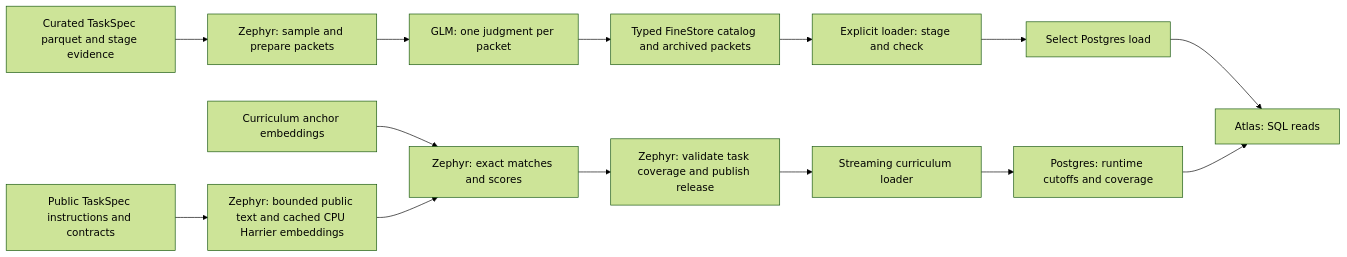
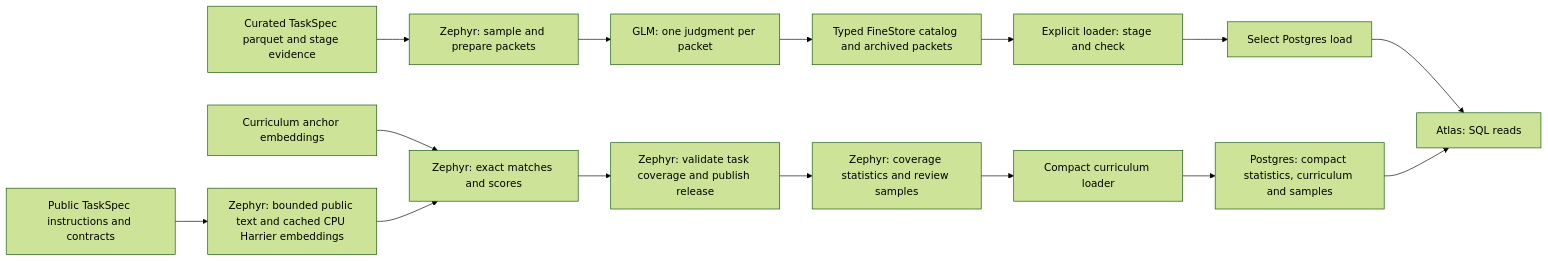
One commit to marin-community/marin changed the diagram in docs/references/rl-data-atlas.md. Above: the diagram before and after it, drawn with Mermaid (forest theme). The commit also changed other lines of this file and 14 other files, not shown here.

Commit message:
[task-curation] Export compact Atlas statistics and samples

````diff
--- a/docs/references/rl-data-atlas.md
+++ b/docs/references/rl-data-atlas.md
@@ -17,16 +17,17 @@
 ```mermaid
 flowchart LR
   C[Curated TaskSpec parquet and stage evidence] --> P[Zephyr: sample and prepare packets]
   P --> G[GLM: one judgment per packet]
   G --> K[Typed FineStore catalog and archived packets]
   K --> L[Explicit loader: stage and check]
   L --> D[Select Postgres load]
   D --> A[Atlas: SQL reads]
   T[Public TaskSpec instructions and contracts] --> E[Zephyr: bounded public text and cached CPU Harrier embeddings]
   H[Curriculum anchor embeddings] --> M[Zephyr: exact matches and scores]
   E --> M
   M --> R[Zephyr: validate task coverage and publish release]
-  R --> CL[Streaming curriculum loader]
-  CL --> CA[Postgres: runtime cutoffs and coverage]
+  R --> CS[Zephyr: coverage statistics and review samples]
+  CS --> CL[Compact curriculum loader]
+  CL --> CA[Postgres: compact statistics, curriculum and samples]
   CA --> A
 ```
````
